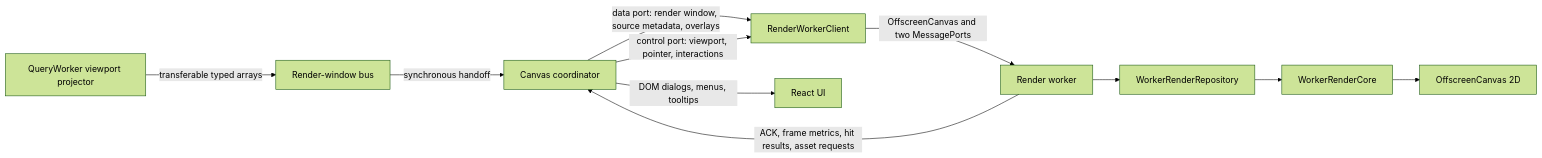
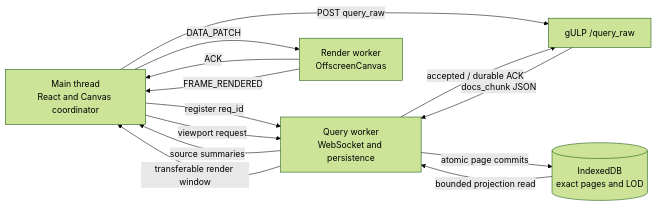
One commit to mentat-is/gulp changed the diagram in docs/webui/engine.architecture.md. Above: the diagram before and after it, drawn with Mermaid (forest theme). The commit also changed other lines of this file and 90 other files, not shown here.

Commit message:
ui/feat: Implement query chunk acknowledgment mechanism for websocket interactions

````diff
--- a/docs/webui/engine.architecture.md
+++ b/docs/webui/engine.architecture.md
@@ -15,13 +19,21 @@
 ```mermaid
 flowchart LR
-    QS[QueryWorker viewport projector] -->|transferable typed arrays| QB[Render-window bus]
-    QB -->|synchronous handoff| C[Canvas coordinator]
-    C -->|data port: render window, source metadata, overlays| RC[RenderWorkerClient]
-    C -->|control port: viewport, pointer, interactions| RC
-    RC -->|OffscreenCanvas and two MessagePorts| RW[Render worker]
-    RW --> WR[WorkerRenderRepository]
-    WR --> CORE[WorkerRenderCore]
-    CORE --> OC[OffscreenCanvas 2D]
-    RW -->|ACK, frame metrics, hit results, asset requests| C
-    C -->|DOM dialogs, menus, tooltips| DOM[React UI]
+    UI[Main thread<br/>React and Canvas coordinator]
+    API[gULP /query_raw]
+    QW[Query worker<br/>WebSocket and persistence]
+    DB[(IndexedDB<br/>exact pages and LOD)]
+    RW[Render worker<br/>OffscreenCanvas]
+
+    UI -->|register req_id| QW
+    UI -->|POST query_raw| API
+    API -->|docs_chunk JSON| QW
+    QW -->|accepted / durable ACK| API
+    QW -->|atomic page commits| DB
+    QW -->|source summaries| UI
+    UI -->|viewport request| QW
+    DB -->|bounded projection read| QW
+    QW -->|transferable render window| UI
+    UI -->|DATA_PATCH| RW
+    RW -->|ACK| UI
+    RW -->|FRAME_RENDERED| UI
 ```
````
